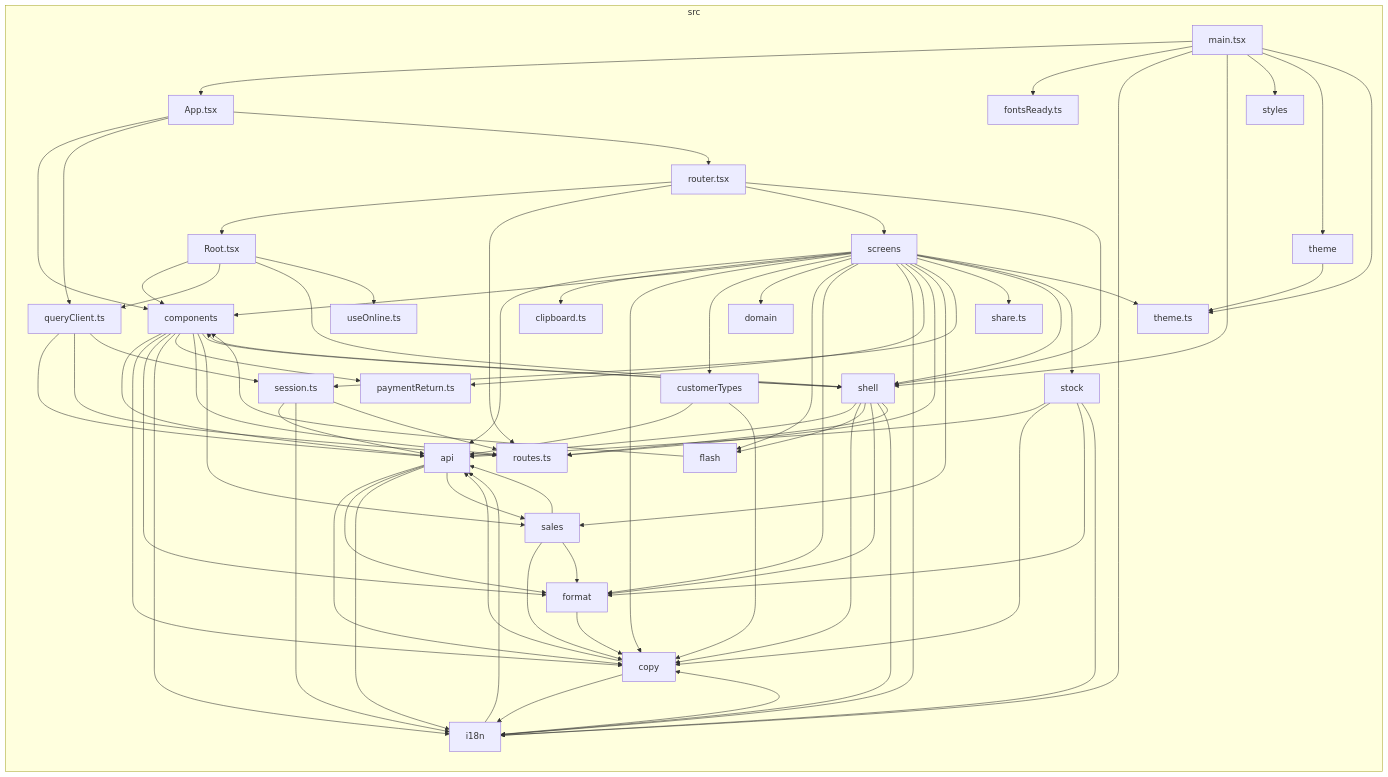
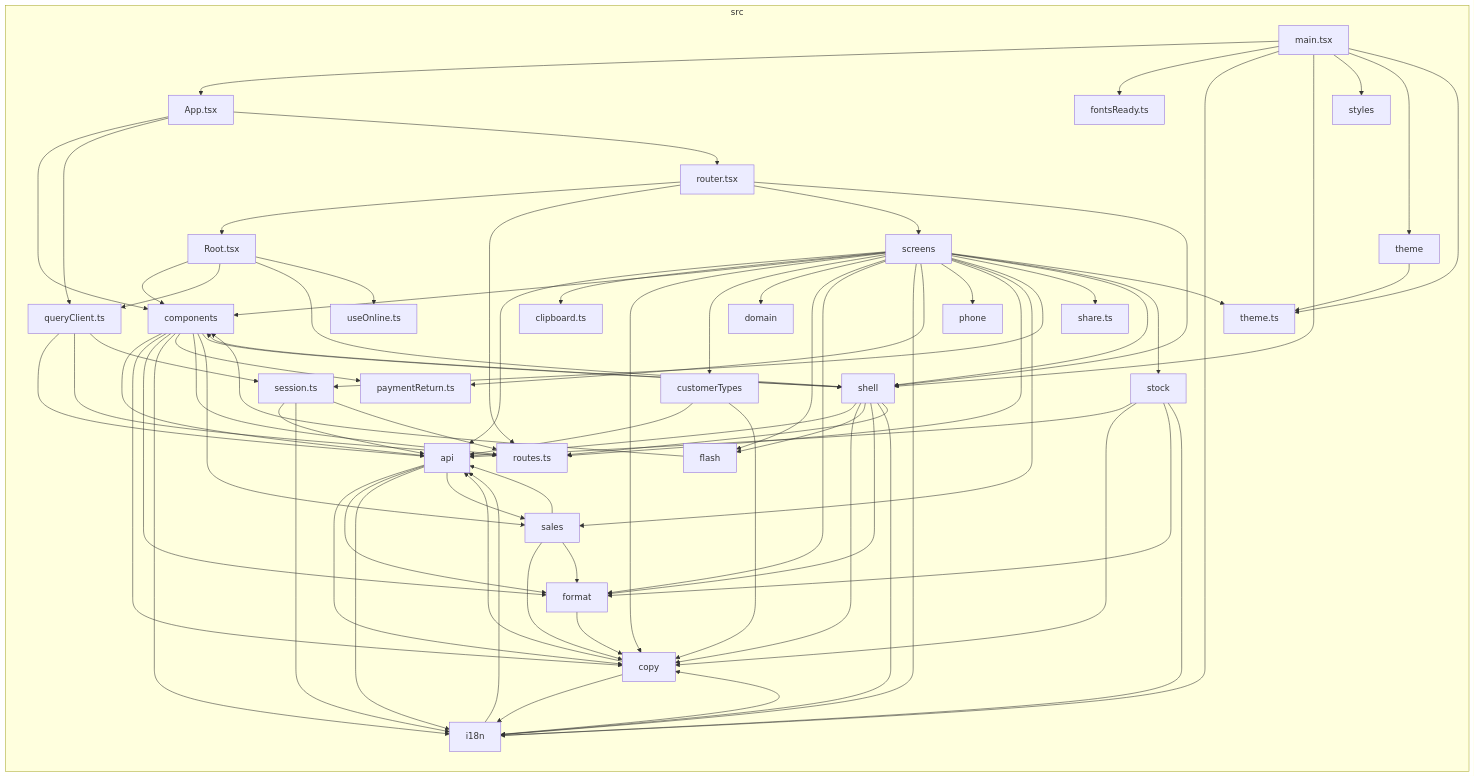
Before and after one commit to GonzaloZevallos/apostrophe: the diagram in docs/architecture/generated/front-modules/overview.md, drawn with Mermaid. The commit also changed 9 other files, not shown here.

```diff
--- a/docs/architecture/generated/front-modules/overview.md
+++ b/docs/architecture/generated/front-modules/overview.md
@@ -21,6 +21,7 @@
   src_i18n["i18n"]
   src_main_tsx["main.tsx"]
   src_paymentReturn_ts["paymentReturn.ts"]
+  src_phone["phone"]
   src_queryClient_ts["queryClient.ts"]
   src_router_tsx["router.tsx"]
   src_routes_ts["routes.ts"]
@@ -89,6 +90,7 @@
 src_screens-->src_format
 src_screens-->src_i18n
 src_screens-->src_paymentReturn_ts
+src_screens-->src_phone
 src_screens-->src_routes_ts
 src_screens-->src_sales
 src_screens-->src_session_ts
```
